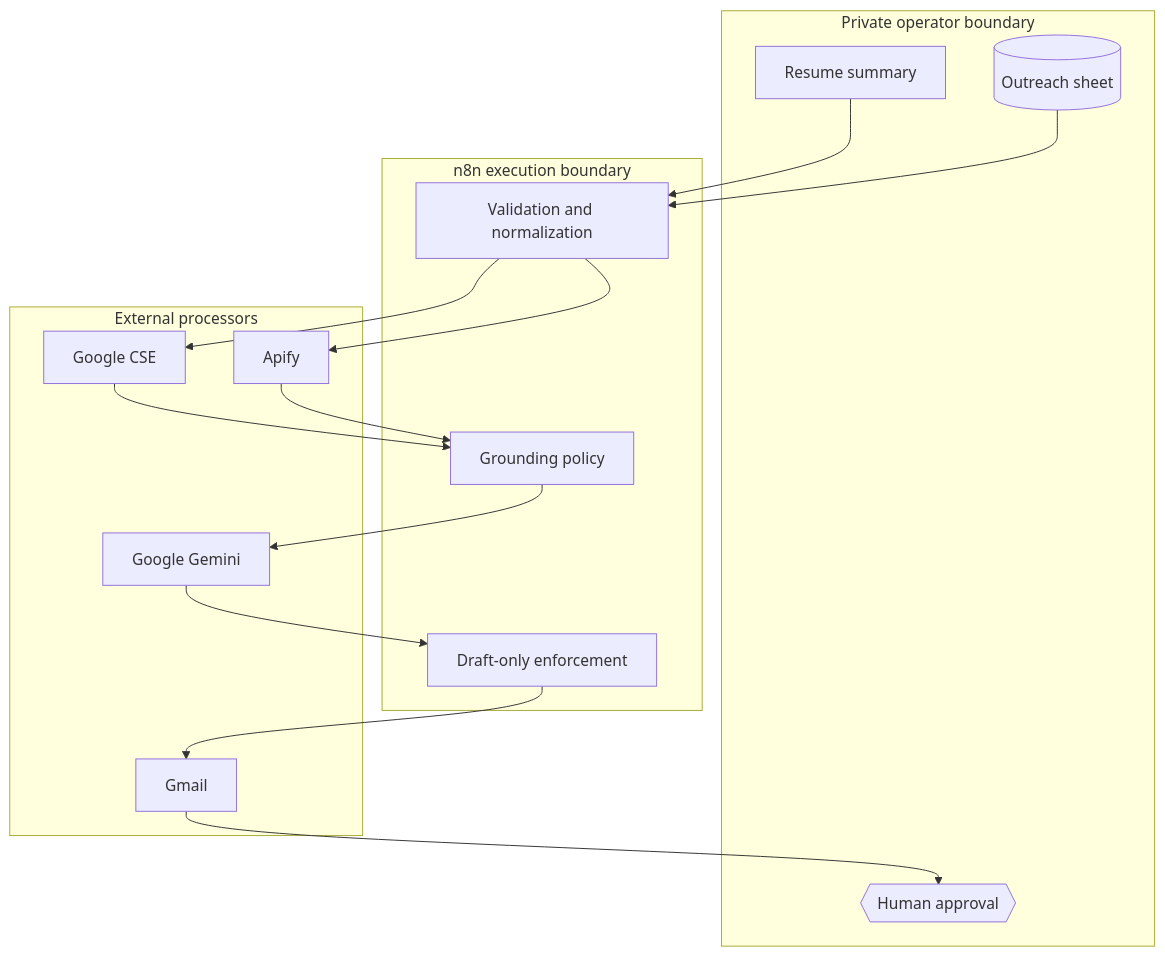
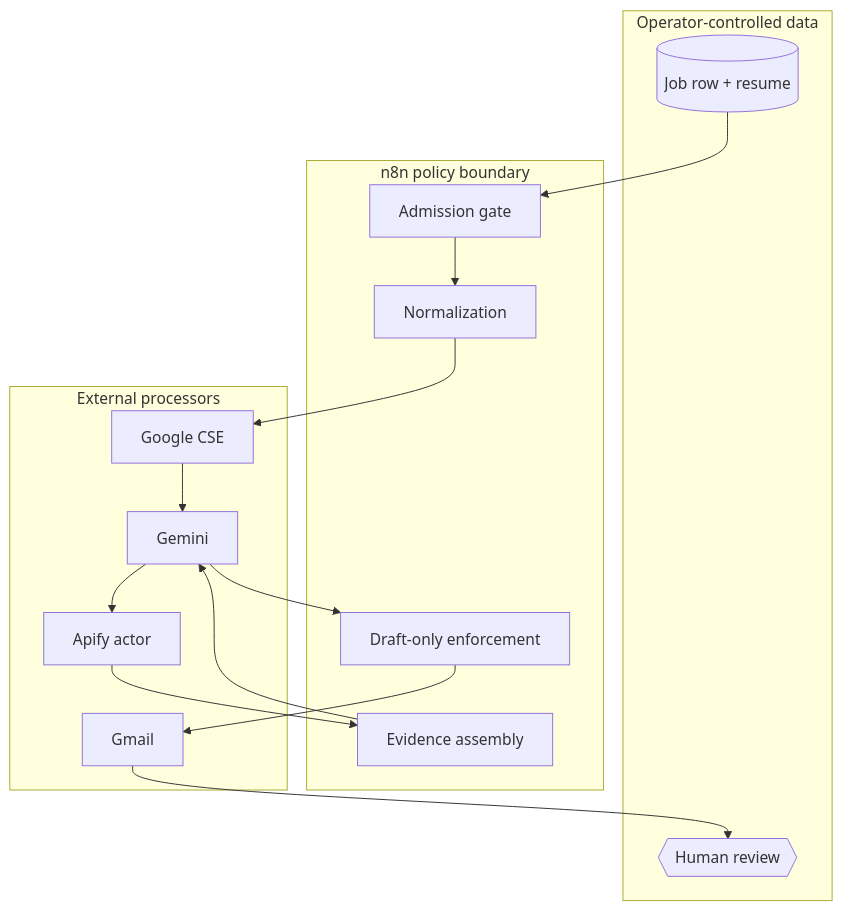
Before and after one commit to VikramKavuri/job-outreach-ops: the second of 3 diagrams in docs/architecture.md, drawn with Mermaid. The commit also changed other lines of this file and 12 other files, not shown here.

````diff
--- a/docs/architecture.md
+++ b/docs/architecture.md
@@ -56,32 +57,27 @@
 ```mermaid
 flowchart TB
-    subgraph Private[Private operator boundary]
-        Resume[Resume summary]
-        Sheet[(Outreach sheet)]
-        Review{{Human approval}}
+    subgraph Private[Operator-controlled data]
+        Sheet[(Job row + resume)]
+        Review{{Human review}}
     end
 
-    subgraph Orchestrator[n8n execution boundary]
-        Normalize[Validation and normalization]
-        Policy[Grounding policy]
-        Draft[Draft-only enforcement]
+    subgraph Orchestration[n8n policy boundary]
+        Gate[Admission gate]
+        Normalize[Normalization]
+        Ground[Evidence assembly]
+        DraftOnly[Draft-only enforcement]
     end
 
     subgraph External[External processors]
         Search[Google CSE]
-        LLM[Google Gemini]
-        Enrich[Apify]
+        Model[Gemini]
+        Profiles[Apify actor]
         Mail[Gmail]
     end
 
-    Resume --> Normalize
-    Sheet --> Normalize
-    Normalize --> Search
-    Normalize --> Enrich
-    Search --> Policy
-    Enrich --> Policy
-    Policy --> LLM
-    LLM --> Draft
-    Draft --> Mail
-    Mail --> Review
+    Sheet --> Gate --> Normalize --> Search
+    Search --> Model
+    Model --> Profiles
+    Profiles --> Ground --> Model
+    Model --> DraftOnly --> Mail --> Review
 ```
````
